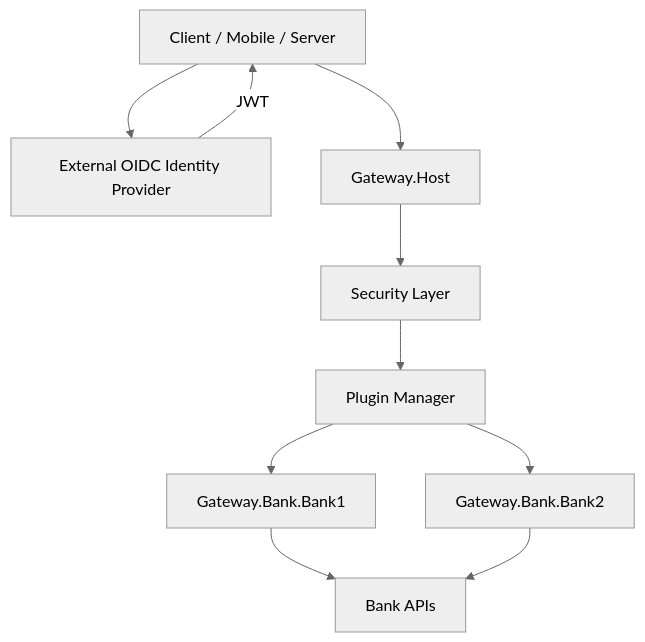
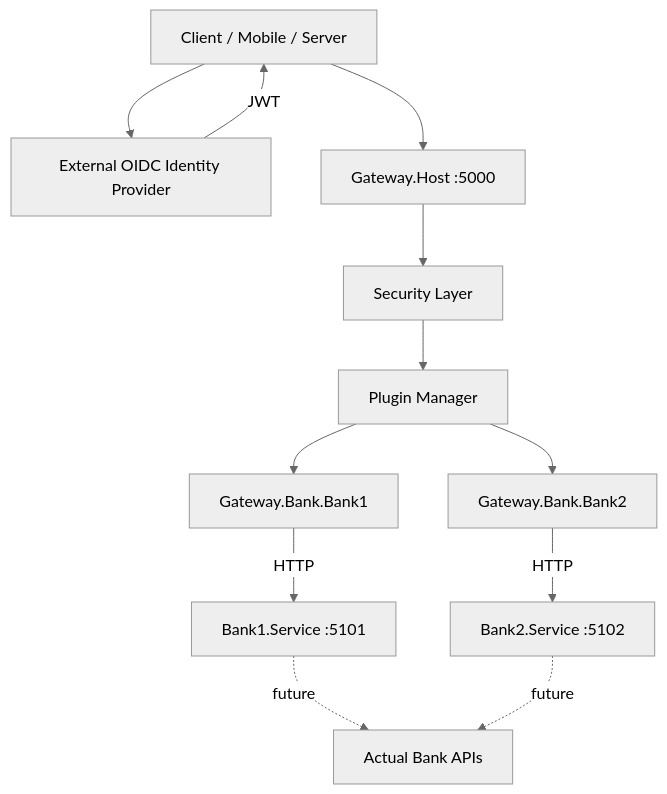
One commit to behzadeskandari/GateWayFrameWork changed the diagram in docs/architecture.md. Above: the diagram before and after it, drawn with Mermaid (neutral theme). The commit also changed other lines of this file and 44 other files, not shown here.

````diff
--- a/docs/architecture.md
+++ b/docs/architecture.md
@@ -7,21 +23,49 @@
 ```mermaid
+
 flowchart TD
+
     Client[Client / Mobile / Server]
+
     IdP[External OIDC Identity Provider]
-    Host[Gateway.Host]
+
+    Host[Gateway.Host :5000]
+
     Security[Security Layer]
+
     Plugins[Plugin Manager]
-    Bank1[Gateway.Bank.Bank1]
-    Bank2[Gateway.Bank.Bank2]
-    APIs[Bank APIs]
+
+    Bank1Plugin[Gateway.Bank.Bank1]
+
+    Bank2Plugin[Gateway.Bank.Bank2]
+
+    Bank1Service[Bank1.Service :5101]
+
+    Bank2Service[Bank2.Service :5102]
+
+    RealAPI[Actual Bank APIs]
+
+
 
     Client --> IdP
+
     IdP -->|JWT| Client
+
     Client --> Host
+
     Host --> Security
+
     Security --> Plugins
-    Plugins --> Bank1
-    Plugins --> Bank2
-    Bank1 --> APIs
-    Bank2 --> APIs
+
+    Plugins --> Bank1Plugin
+
+    Plugins --> Bank2Plugin
+
+    Bank1Plugin -->|HTTP| Bank1Service
+
+    Bank2Plugin -->|HTTP| Bank2Service
+
+    Bank1Service -.->|future| RealAPI
+
+    Bank2Service -.->|future| RealAPI
+
 ```
````
